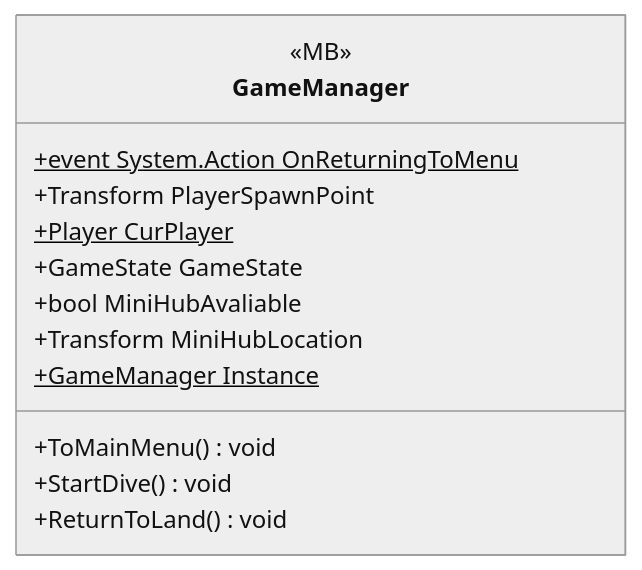
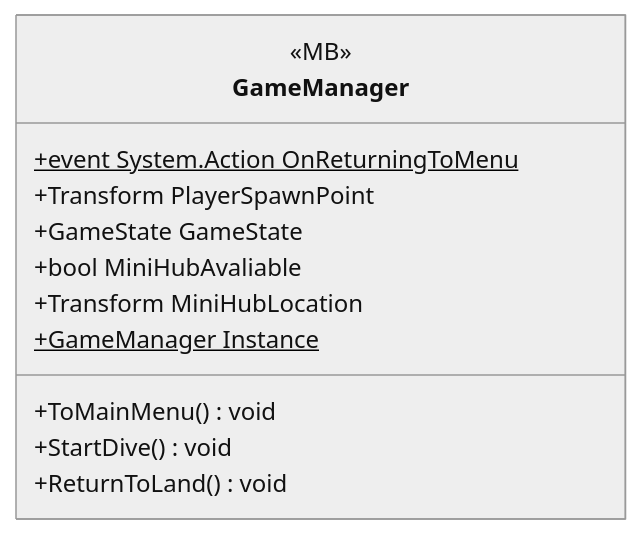
Before and after one commit to PhumipatWave/project-ocean: the diagram in docs/uml/modules/Gameplay_Game.md, drawn with Mermaid (neutral theme). The commit also changed other lines of this file and 304 other files, not shown here.

````diff
--- a/docs/uml/modules/Gameplay_Game.md
+++ b/docs/uml/modules/Gameplay_Game.md
@@ -7,17 +7,16 @@
 ```mermaid
 classDiagram
   direction LR
   class GameManager {
     <<MB>>
     +event System.Action OnReturningToMenu$
     +Transform PlayerSpawnPoint
-    +Player CurPlayer$
     +GameState GameState
     +bool MiniHubAvaliable
     +Transform MiniHubLocation
     +GameManager Instance$
     +ToMainMenu() void
     +StartDive() void
     +ReturnToLand() void
   }
 ```
````
